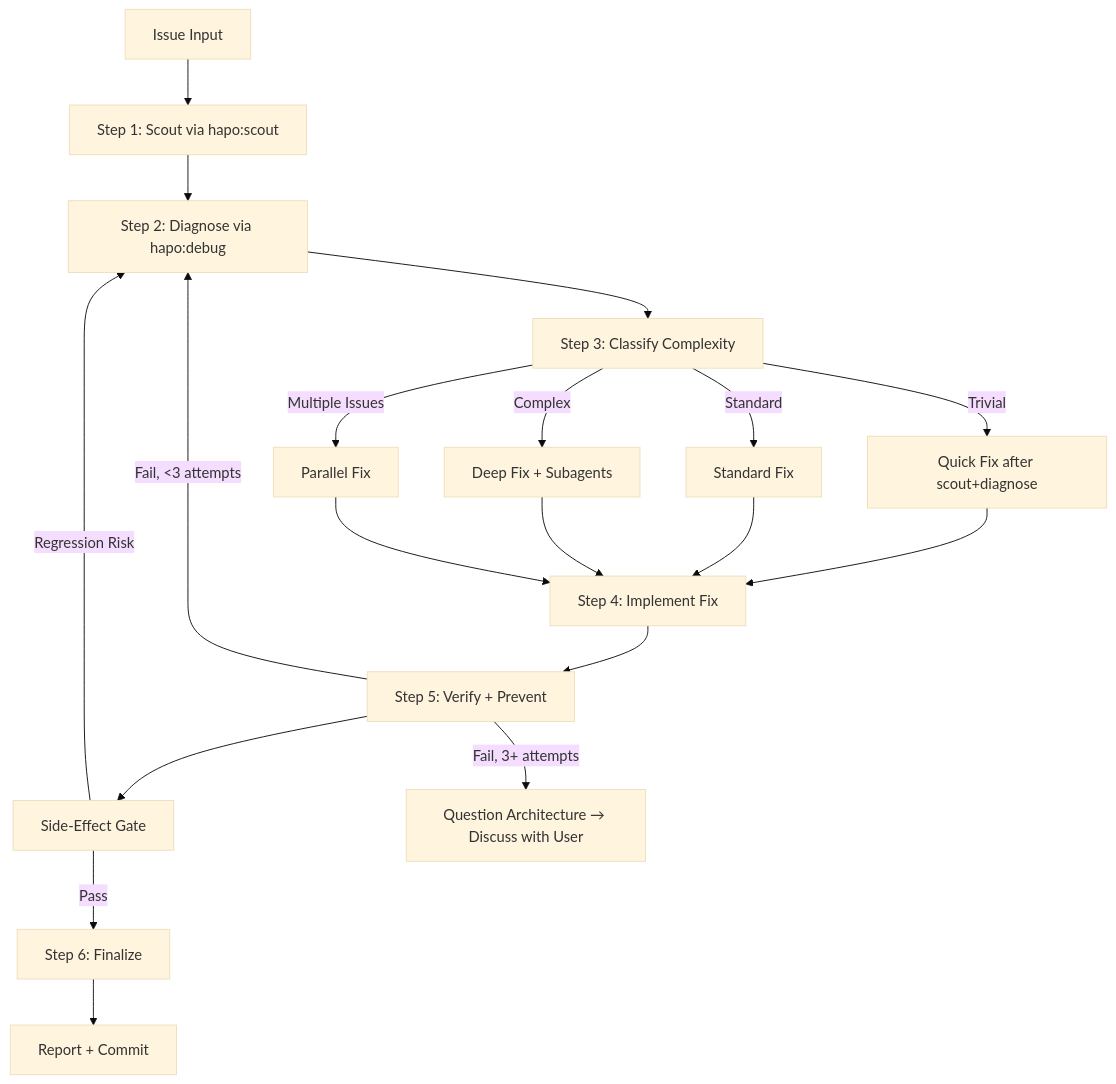
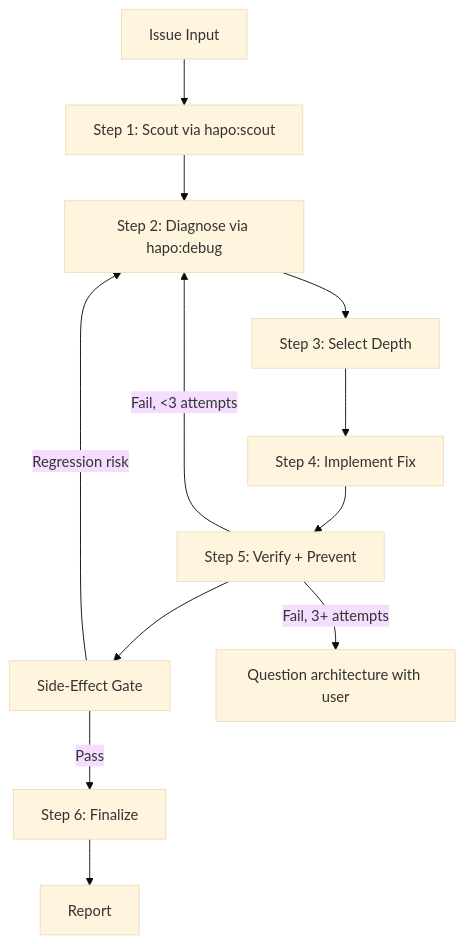
Before and after one commit to hapo-nghialuu/antigravity-kit: the diagram in packages/spec/src/claude/skills/hotfix/SKILL.md, drawn with Mermaid (base theme). The commit also changed other lines of this file and 5 other files, not shown here.

````diff
--- a/packages/spec/src/claude/skills/hotfix/SKILL.md
+++ b/packages/spec/src/claude/skills/hotfix/SKILL.md
@@ -76,21 +94,14 @@
 ```mermaid
 flowchart TD
     A[Issue Input] --> B[Step 1: Scout via hapo:scout]
     B --> C[Step 2: Diagnose via hapo:debug]
-    C --> D[Step 3: Classify Complexity]
-    D -->|Trivial| E[Quick Fix after scout+diagnose]
-    D -->|Standard| F[Standard Fix]
-    D -->|Complex| G[Deep Fix + Subagents]
-    D -->|Multiple Issues| H[Parallel Fix]
-    E --> I[Step 4: Implement Fix]
-    F --> I
-    G --> I
-    H --> I
-    I --> J[Step 5: Verify + Prevent]
-    J --> N[Side-Effect Gate]
-    N -->|Pass| K[Step 6: Finalize]
-    N -->|Regression Risk| C
-    J -->|Fail, <3 attempts| C
-    J -->|Fail, 3+ attempts| L[Question Architecture → Discuss with User]
-    K --> M[Report + Commit]
+    C --> D[Step 3: Select Depth]
+    D --> E[Step 4: Implement Fix]
+    E --> F[Step 5: Verify + Prevent]
+    F --> G[Side-Effect Gate]
+    G -->|Pass| H[Step 6: Finalize]
+    G -->|Regression risk| C
+    F -->|Fail, <3 attempts| C
+    F -->|Fail, 3+ attempts| I[Question architecture with user]
+    H --> J[Report]
 ```
````
